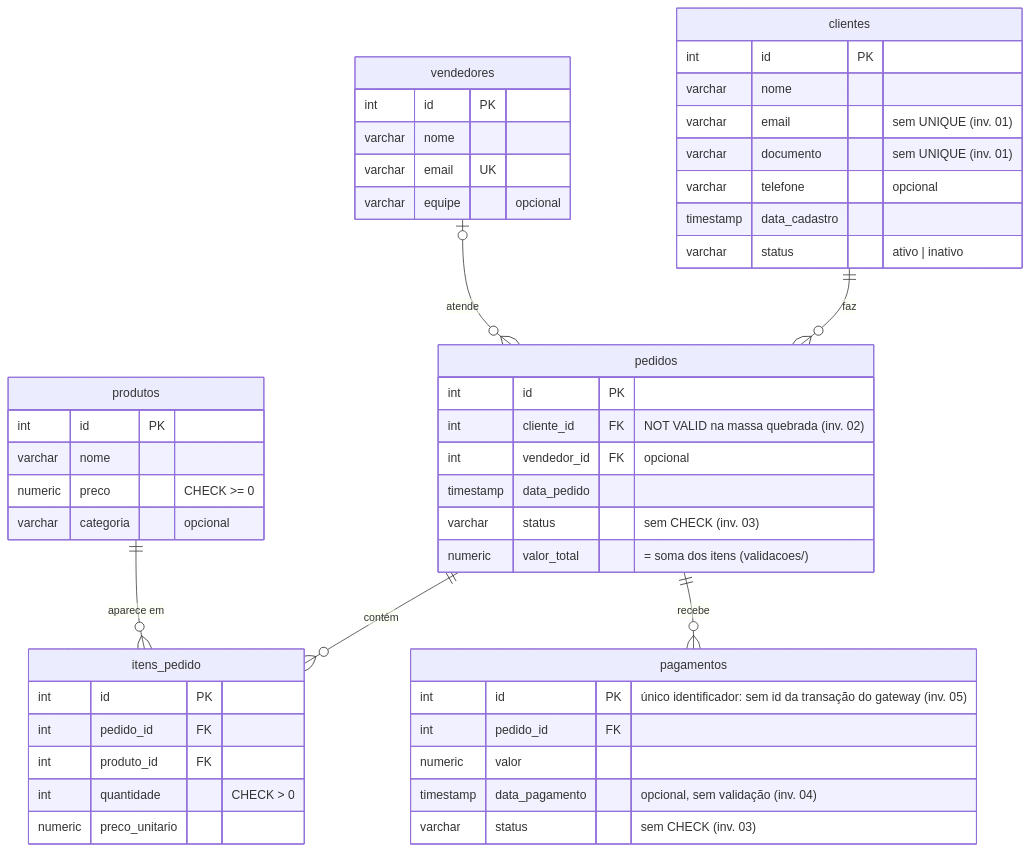
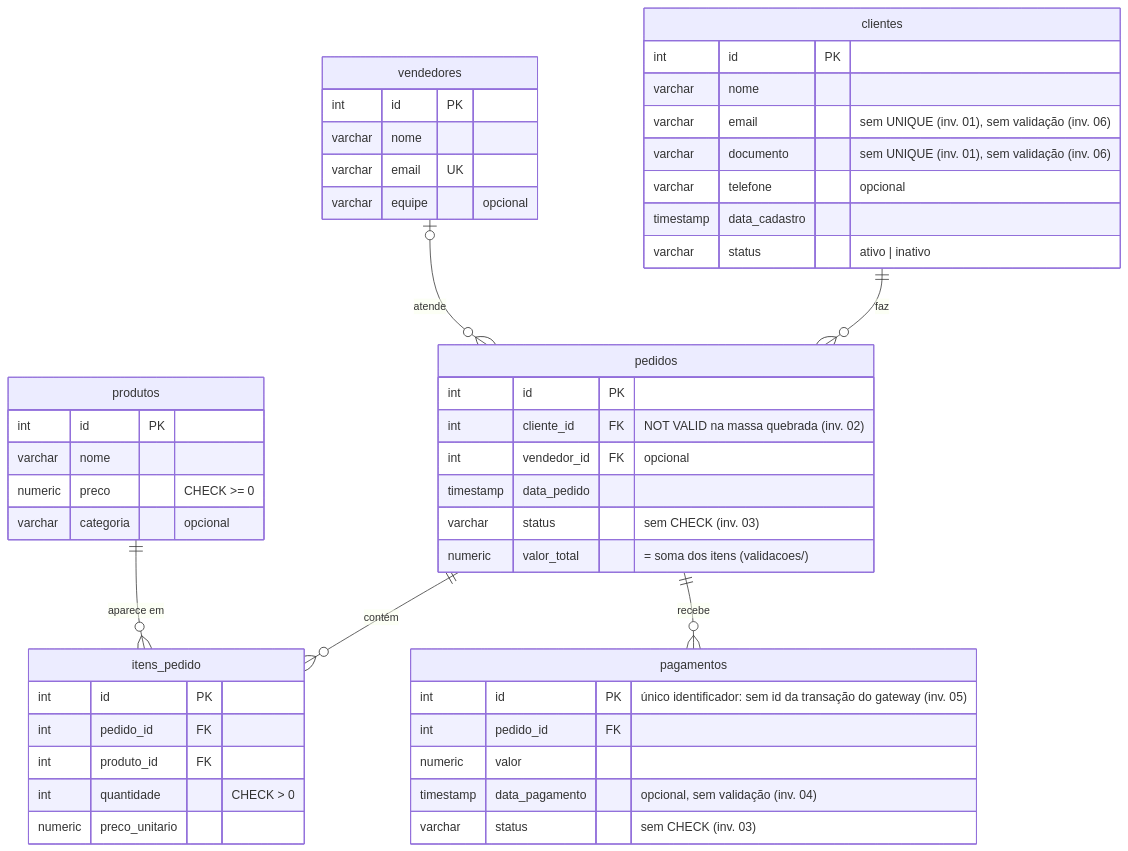
Before and after one commit to ThomasTDS/sql-defect-investigation: the diagram in README.md, drawn with Mermaid. The commit also changed other lines of this file and 17 other files, not shown here.

````diff
--- a/README.md
+++ b/README.md
@@ -25,57 +25,57 @@
 ```mermaid
 erDiagram
     clientes ||--o{ pedidos : "faz"
     vendedores |o--o{ pedidos : "atende"
     pedidos ||--o{ itens_pedido : "contém"
     produtos ||--o{ itens_pedido : "aparece em"
     pedidos ||--o{ pagamentos : "recebe"
 
     clientes {
         int id PK
         varchar nome
-        varchar email "sem UNIQUE (inv. 01)"
-        varchar documento "sem UNIQUE (inv. 01)"
+        varchar email "sem UNIQUE (inv. 01), sem validação (inv. 06)"
+        varchar documento "sem UNIQUE (inv. 01), sem validação (inv. 06)"
         varchar telefone "opcional"
         timestamp data_cadastro
         varchar status "ativo | inativo"
     }
 
     vendedores {
         int id PK
         varchar nome
         varchar email UK
         varchar equipe "opcional"
     }
 
     produtos {
         int id PK
         varchar nome
         numeric preco "CHECK >= 0"
         varchar categoria "opcional"
     }
 
     pedidos {
         int id PK
         int cliente_id FK "NOT VALID na massa quebrada (inv. 02)"
         int vendedor_id FK "opcional"
         timestamp data_pedido
         varchar status "sem CHECK (inv. 03)"
         numeric valor_total "= soma dos itens (validacoes/)"
     }
 
     itens_pedido {
         int id PK
         int pedido_id FK
         int produto_id FK
         int quantidade "CHECK > 0"
         numeric preco_unitario
     }
 
     pagamentos {
         int id PK "único identificador: sem id da transação do gateway (inv. 05)"
         int pedido_id FK
         numeric valor
         timestamp data_pagamento "opcional, sem validação (inv. 04)"
         varchar status "sem CHECK (inv. 03)"
     }
 ```
````
